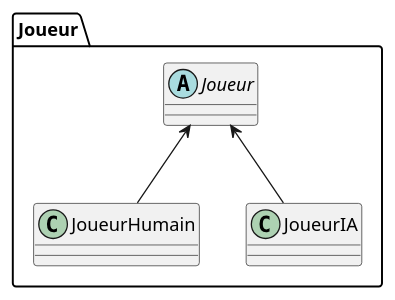
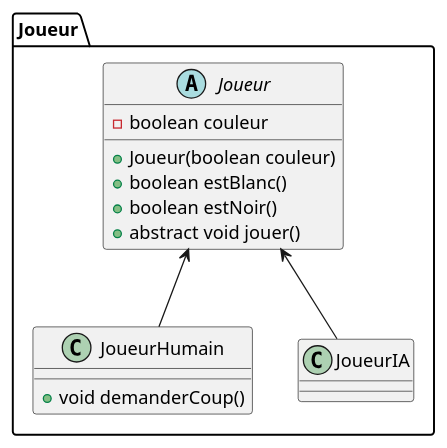
Before and after one commit to HRomaric/Othello: the diagram in src/othello/uml/joueur.puml, drawn with PlantUML. The commit also changed 1 other file, not shown here.

Commit message:
Ajout boolean couleur pour différencier joueurBlanc et joueurNoir
+ MAJ UML

```diff
--- a/src/othello/uml/joueur.puml
+++ b/src/othello/uml/joueur.puml
@@ -1,12 +1,20 @@
 @startuml
 package Joueur{
-    abstract class "Joueur" as joueur{}
+    abstract class "Joueur" as joueur{
+        - boolean couleur
+        + Joueur(boolean couleur)
+        + boolean estBlanc()
+        + boolean estNoir()
+        + abstract void jouer()
+    }
 
-    class "JoueurHumain" as joueurHumain{}
+    class "JoueurHumain" as joueurHumain{
+        + void demanderCoup()
+    }
 
     class "JoueurIA" as joueurIA{}
 
     joueurHumain -up-> joueur
     joueurIA -up-> joueur
 }
 @enduml
```
